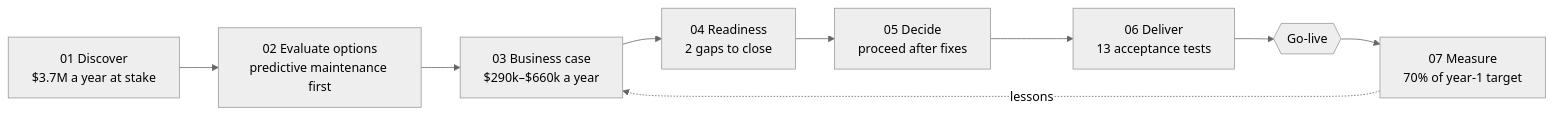
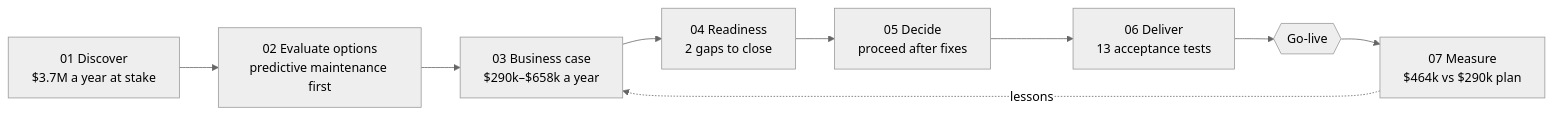
One commit to chaialishekar/AI-ROI-Navigator changed the diagram in README.md. Above: the diagram before and after it, drawn with Mermaid (neutral theme). The commit also changed other lines of this file and 21 other files, not shown here.

````diff
--- a/README.md
+++ b/README.md
@@ -23,11 +23,11 @@
 ```mermaid
 flowchart LR
     D[01 Discover<br/>$3.7M a year at stake] --> E[02 Evaluate options<br/>predictive maintenance first]
-    E --> B[03 Business case<br/>$290k–$660k a year]
+    E --> B[03 Business case<br/>$290k–$658k a year]
     B --> R[04 Readiness<br/>2 gaps to close]
     R --> C[05 Decide<br/>proceed after fixes]
     C --> V[06 Deliver<br/>13 acceptance tests]
     V --> L{{Go-live}}
-    L --> M[07 Measure<br/>70% of year-1 target]
+    L --> M[07 Measure<br/>$464k vs $290k plan]
     M -. lessons .-> B
 ```
````
